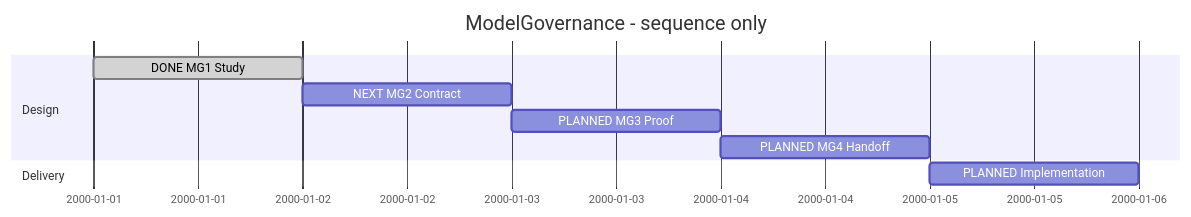
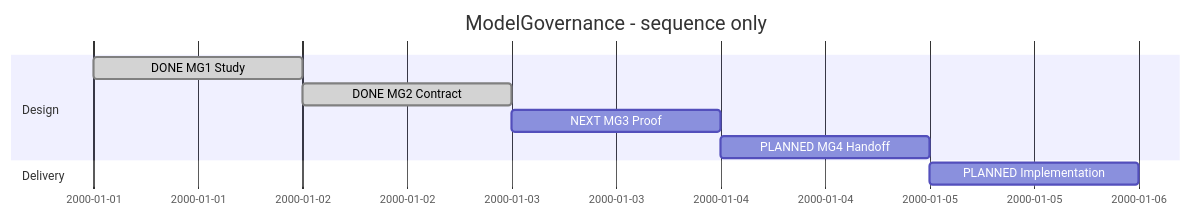
One commit to Hans-Einar/SDP changed the diagram in SDP/Sessions/session-#0006--Model_governance.md. Above: the diagram before and after it, drawn with Mermaid. The commit also changed other lines of this file and 51 other files, not shown here.

````diff
--- a/SDP/Sessions/session-#0006--Model_governance.md
+++ b/SDP/Sessions/session-#0006--Model_governance.md
@@ -8,12 +8,12 @@
 ```mermaid
 gantt
     title ModelGovernance - sequence only
     dateFormat YYYY-MM-DD
     section Design
     DONE MG1 Study :done,s1,2000-01-01,1d
-    NEXT MG2 Contract :s2,after s1,1d
-    PLANNED MG3 Proof :s3,after s2,1d
+    DONE MG2 Contract :done,s2,after s1,1d
+    NEXT MG3 Proof :s3,after s2,1d
     PLANNED MG4 Handoff :s4,after s3,1d
     section Delivery
     PLANNED Implementation :s5,after s4,1d
 ```
````
